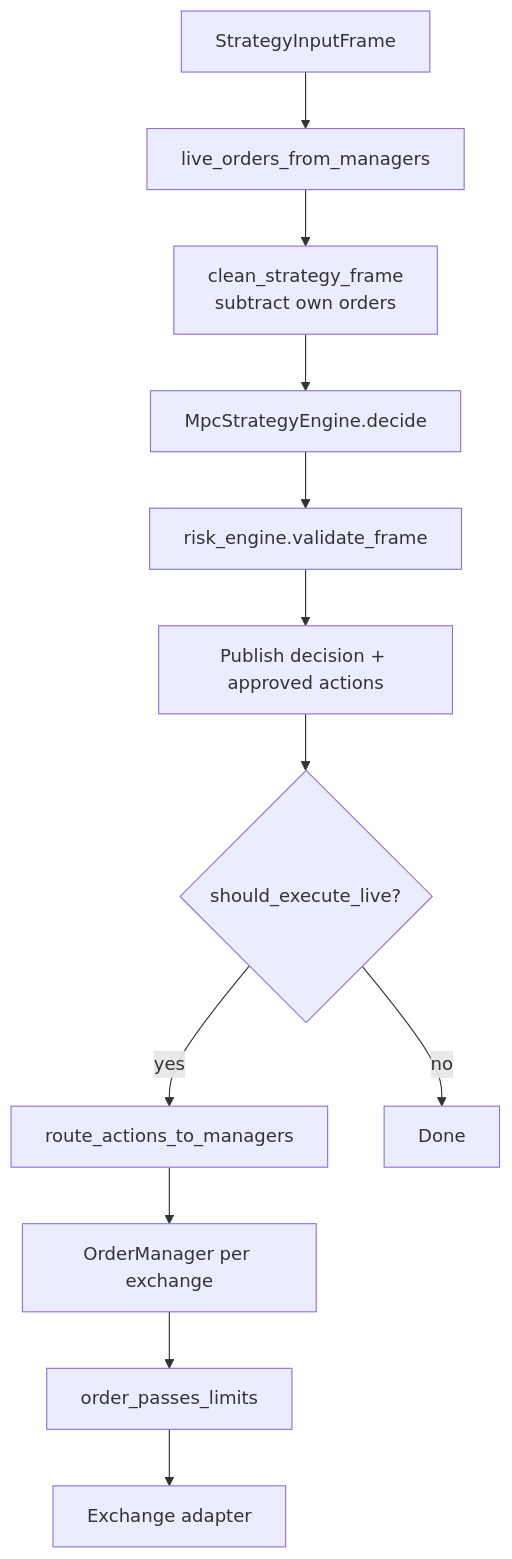
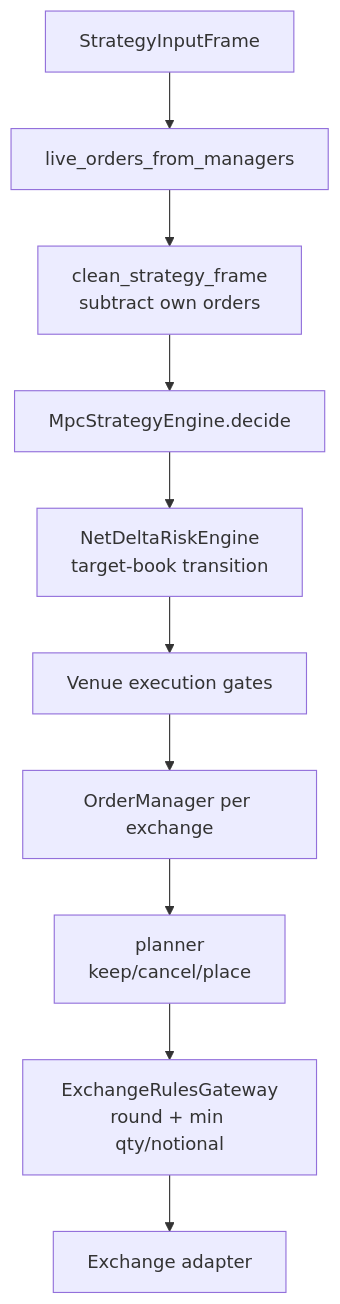
Before and after one commit to golipour/market-maker: the diagram in docs/controller-and-execution.md, drawn with Mermaid. The commit also changed other lines of this file and 26 other files, not shown here.

First line of the commit message:
Refactor risk and execution logic to enhance order validation and reporting

````diff
--- a/docs/controller-and-execution.md
+++ b/docs/controller-and-execution.md
@@ -7,14 +7,12 @@
 ```mermaid
 flowchart TD
   F[StrategyInputFrame] --> O[live_orders_from_managers]
   O --> C[clean_strategy_frame<br/>subtract own orders]
   C --> D[MpcStrategyEngine.decide]
-  D --> R[risk_engine.validate_frame]
-  R --> P[Publish decision + approved actions]
-  P --> G{should_execute_live?}
-  G -->|yes| S[route_actions_to_managers]
-  G -->|no| X[Done]
-  S --> OM[OrderManager per exchange]
-  OM --> V[order_passes_limits]
+  D --> R[NetDeltaRiskEngine<br/>target-book transition]
+  R --> G[Venue execution gates]
+  G --> OM[OrderManager per exchange]
+  OM --> PL[planner<br/>keep/cancel/place]
+  PL --> V[ExchangeRulesGateway<br/>round + min qty/notional]
   V --> EX[Exchange adapter]
 ```
````
